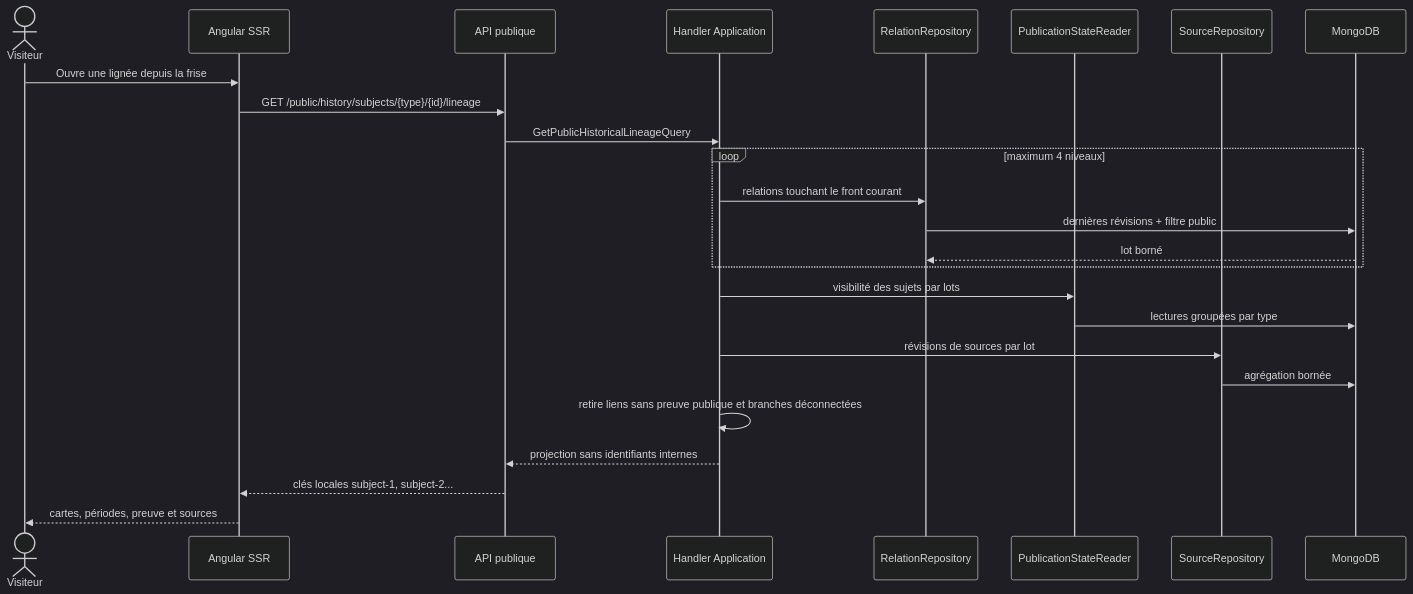
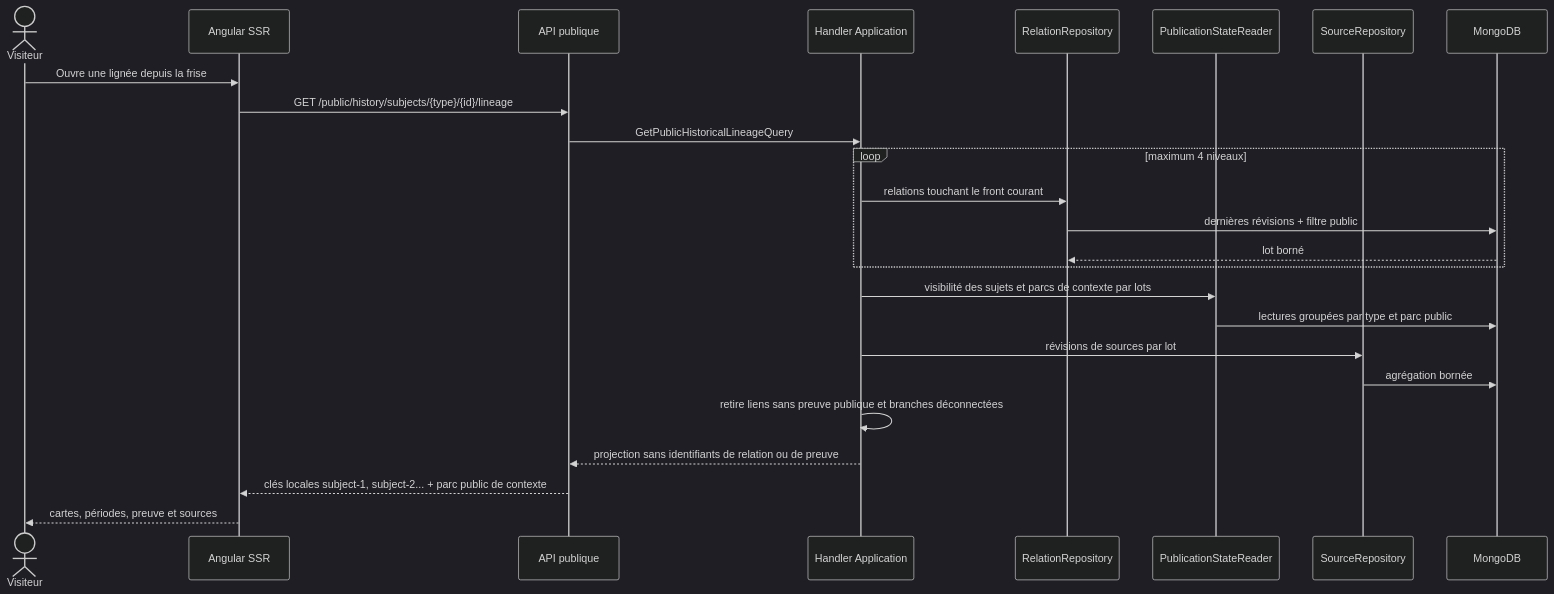
One commit to Ced59/AmusementParkProject changed the third of 3 diagrams in docs/architecture/product-growth-hist-09-explicit-lineages-2026-09-27.md. Above: the diagram before and after it, drawn with Mermaid (dark theme). The commit also changed other lines of this file and 22 other files, not shown here.

````diff
--- a/docs/architecture/product-growth-hist-09-explicit-lineages-2026-09-27.md
+++ b/docs/architecture/product-growth-hist-09-explicit-lineages-2026-09-27.md
@@ -151,27 +151,27 @@
 ```mermaid
 sequenceDiagram
     actor V as Visiteur
     participant SSR as Angular SSR
     participant API as API publique
     participant APP as Handler Application
     participant REL as RelationRepository
     participant PUB as PublicationStateReader
     participant SRC as SourceRepository
     participant DB as MongoDB
     V->>SSR: Ouvre une lignée depuis la frise
     SSR->>API: GET /public/history/subjects/{type}/{id}/lineage
     API->>APP: GetPublicHistoricalLineageQuery
     loop maximum 4 niveaux
       APP->>REL: relations touchant le front courant
       REL->>DB: dernières révisions + filtre public
       DB-->>REL: lot borné
     end
-    APP->>PUB: visibilité des sujets par lots
-    PUB->>DB: lectures groupées par type
+    APP->>PUB: visibilité des sujets et parcs de contexte par lots
+    PUB->>DB: lectures groupées par type et parc public
     APP->>SRC: révisions de sources par lot
     SRC->>DB: agrégation bornée
     APP->>APP: retire liens sans preuve publique et branches déconnectées
-    APP-->>API: projection sans identifiants internes
-    API-->>SSR: clés locales subject-1, subject-2...
+    APP-->>API: projection sans identifiants de relation ou de preuve
+    API-->>SSR: clés locales subject-1, subject-2... + parc public de contexte
     SSR-->>V: cartes, périodes, preuve et sources
 ```
````
